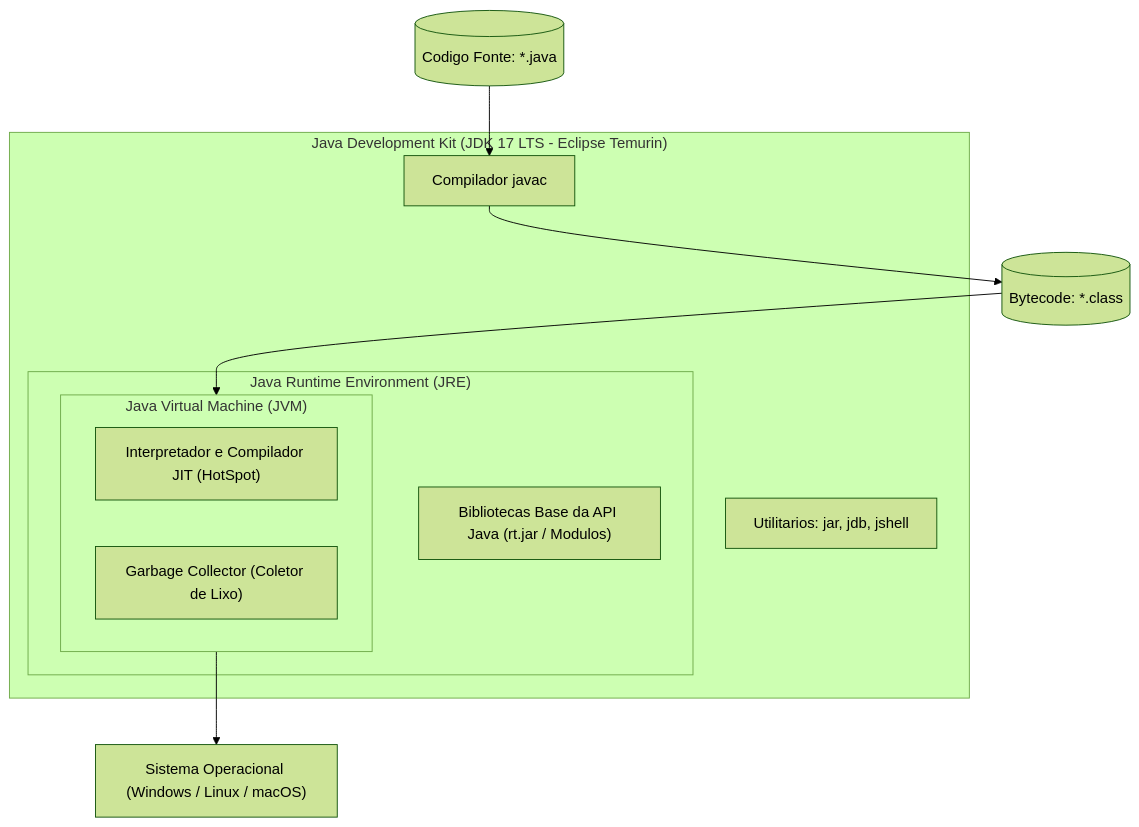
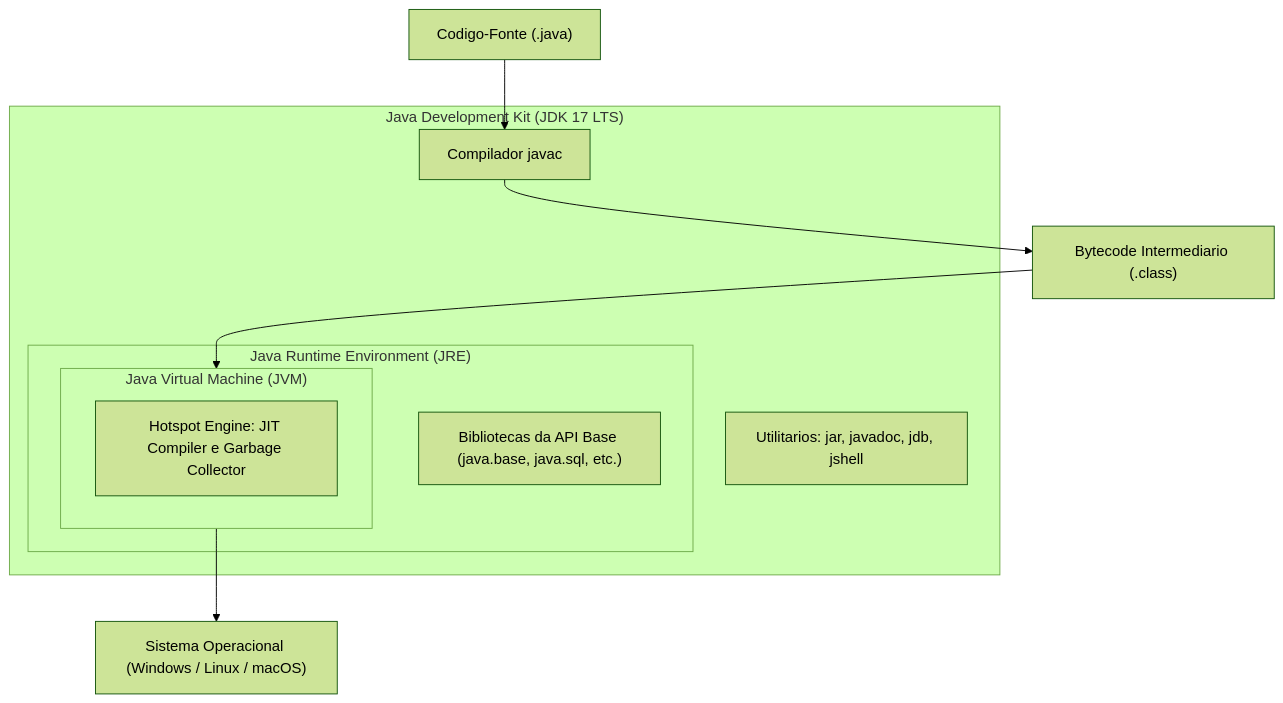
Before and after one commit to murilolol/unifef: the first of 18 diagrams in 3º Semestre/[Prof. Jefferson Passerini] Laboratório de Programação III/Resumos-IA/Simulados-Comentados.md, drawn with Mermaid (forest theme). The commit also changed other lines of this file and 40 other files, not shown here.

````diff
--- a/3º Semestre/[Prof. Jefferson Passerini] Laboratório de Programação III/Resumos-IA/Simulados-Comentados.md
+++ b/3º Semestre/[Prof. Jefferson Passerini] Laboratório de Programação III/Resumos-IA/Simulados-Comentados.md
@@ -558,18 +70,17 @@
 ```mermaid
 flowchart TD
-    subgraph JDK["Java Development Kit (JDK 17 LTS - Eclipse Temurin)"]
-        Compilador["Compilador javac"]
-        Ferramentas["Utilitarios: jar, jdb, jshell"]
+    subgraph JDK["Java Development Kit (JDK 17 LTS)"]
         subgraph JRE["Java Runtime Environment (JRE)"]
             subgraph JVM["Java Virtual Machine (JVM)"]
-                Hotspot["Interpretador e Compilador JIT (HotSpot)"]
-                GC["Garbage Collector (Coletor de Lixo)"]
+                Hotspot["Hotspot Engine: JIT Compiler e Garbage Collector"]
             end
-            CoreAPI["Bibliotecas Base da API Java (rt.jar / Modulos)"]
+            CoreLibs["Bibliotecas da API Base (java.base, java.sql, etc.)"]
         end
+        Compilador["Compilador javac"]
+        DevTools["Utilitarios: jar, javadoc, jdb, jshell"]
     end
-    Fonte[("Codigo Fonte: *.java")] --> Compilador
-    Compilador --> Bytecode[("Bytecode: *.class")]
+    Source["Codigo-Fonte (.java)"] --> Compilador
+    Compilador --> Bytecode["Bytecode Intermediario (.class)"]
     Bytecode --> JVM
-    JVM --> SO["Sistema Operacional (Windows / Linux / macOS)"]
+    JVM --> OS["Sistema Operacional (Windows / Linux / macOS)"]
 ```
````
